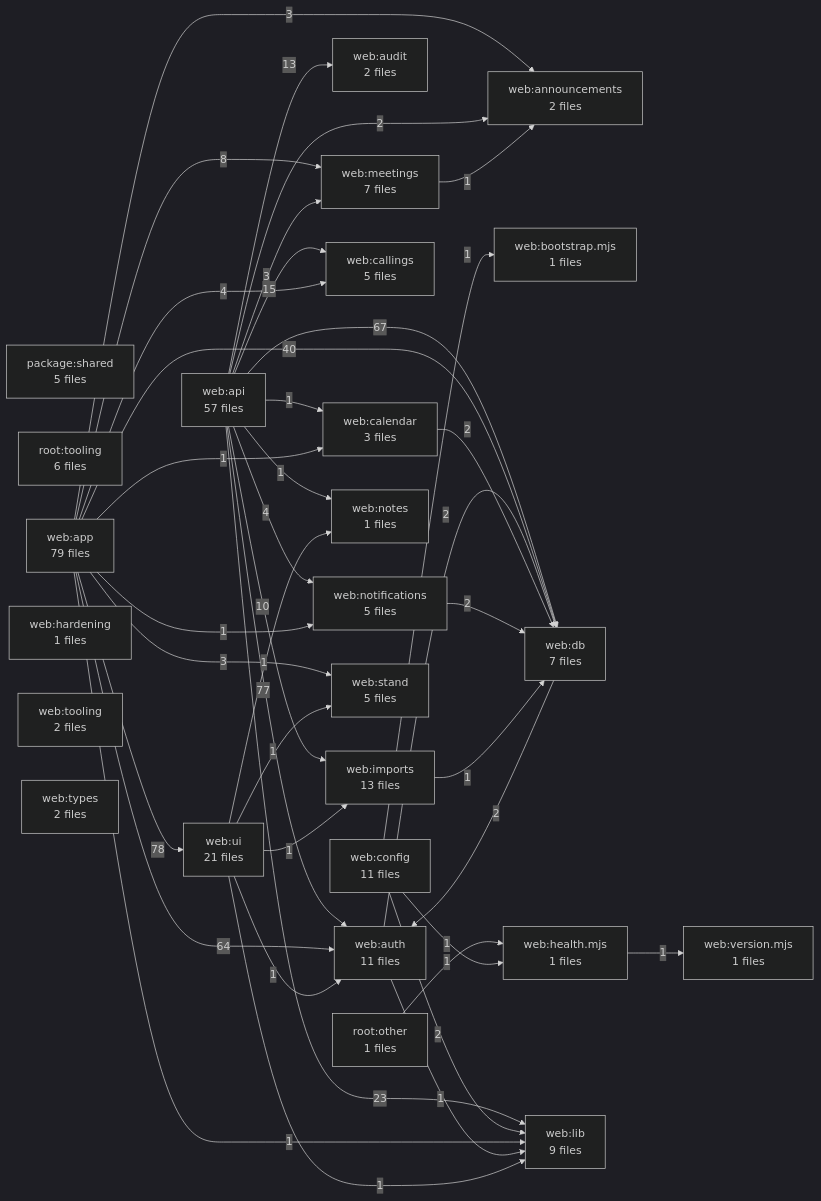
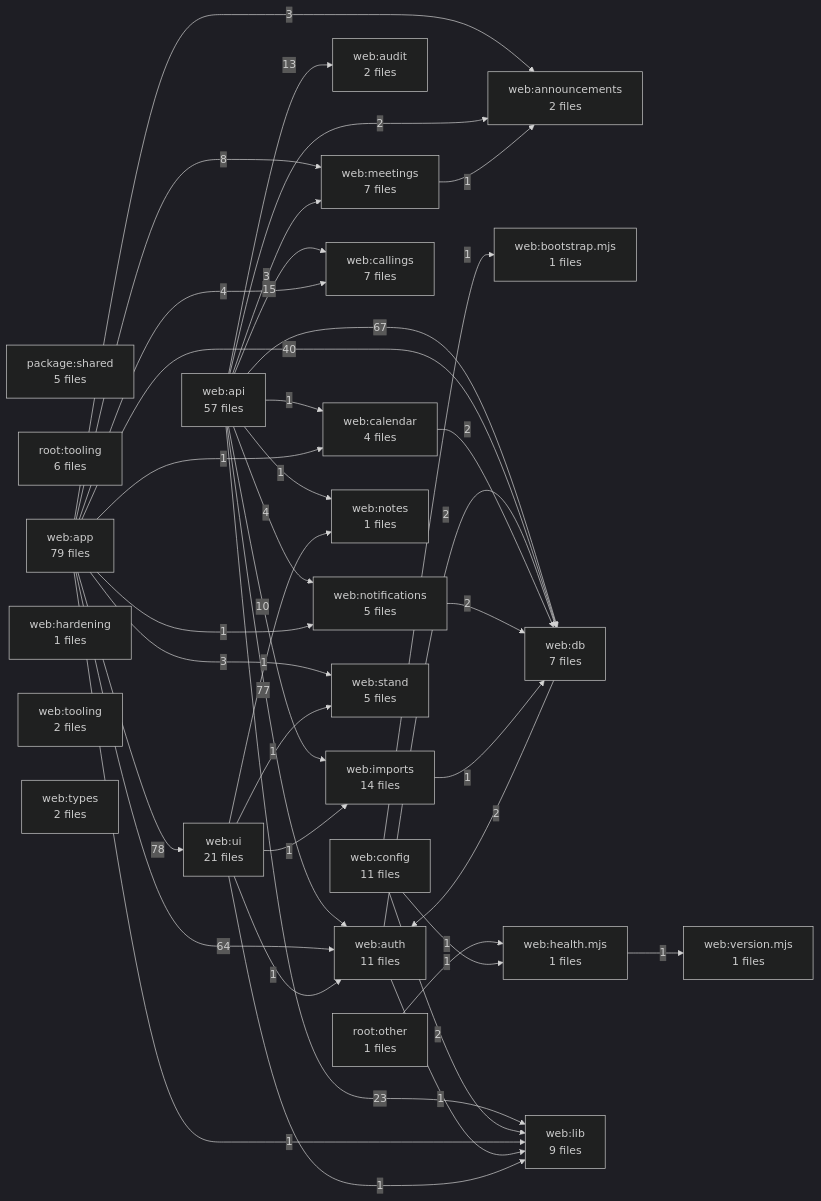
Before and after one commit to kalebhall/the-stand: the diagram in docs/DEPENDENCY_GRAPH.md, drawn with Mermaid (dark theme). The commit also changed other lines of this file and 6 other files, not shown here.

````diff
--- a/docs/DEPENDENCY_GRAPH.md
+++ b/docs/DEPENDENCY_GRAPH.md
@@ -11,66 +11,66 @@
 ```mermaid
 flowchart LR
   A1["package:shared<br/>5 files"]
   A2["root:other<br/>1 files"]
   A3["root:tooling<br/>6 files"]
   A4["web:announcements<br/>2 files"]
   A5["web:api<br/>57 files"]
   A6["web:app<br/>79 files"]
   A7["web:audit<br/>2 files"]
   A8["web:auth<br/>11 files"]
   A9["web:bootstrap.mjs<br/>1 files"]
-  A10["web:calendar<br/>3 files"]
-  A11["web:callings<br/>5 files"]
+  A10["web:calendar<br/>4 files"]
+  A11["web:callings<br/>7 files"]
   A12["web:config<br/>11 files"]
   A13["web:db<br/>7 files"]
   A14["web:hardening<br/>1 files"]
   A15["web:health.mjs<br/>1 files"]
-  A16["web:imports<br/>13 files"]
+  A16["web:imports<br/>14 files"]
   A17["web:lib<br/>9 files"]
   A18["web:meetings<br/>7 files"]
   A19["web:notes<br/>1 files"]
   A20["web:notifications<br/>5 files"]
   A21["web:stand<br/>5 files"]
   A22["web:tooling<br/>2 files"]
   A23["web:types<br/>2 files"]
   A24["web:ui<br/>21 files"]
   A25["web:version.mjs<br/>1 files"]
   A6 -->|78| A24
   A5 -->|77| A8
   A5 -->|67| A13
   A6 -->|64| A8
   A6 -->|40| A13
   A5 -->|23| A17
   A5 -->|15| A11
   A5 -->|13| A7
   A5 -->|10| A16
   A6 -->|8| A18
   A5 -->|4| A20
   A6 -->|4| A11
   A5 -->|3| A18
   A6 -->|3| A4
   A6 -->|3| A21
   A5 -->|2| A4
   A8 -->|2| A13
   A10 -->|2| A13
   A12 -->|2| A17
   A13 -->|2| A8
   A20 -->|2| A13
   A2 -->|1| A15
   A5 -->|1| A10
   A5 -->|1| A19
   A6 -->|1| A10
   A6 -->|1| A17
   A6 -->|1| A20
   A8 -->|1| A17
   A12 -->|1| A9
   A12 -->|1| A15
   A15 -->|1| A25
   A16 -->|1| A13
   A18 -->|1| A4
   A24 -->|1| A8
   A24 -->|1| A16
   A24 -->|1| A17
   A24 -->|1| A19
   A24 -->|1| A21
 ```
````
